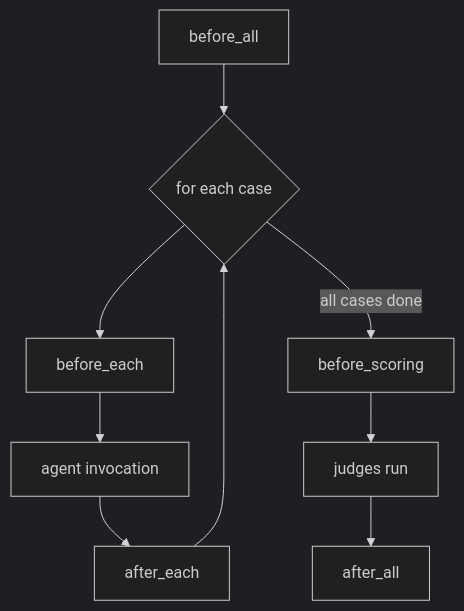
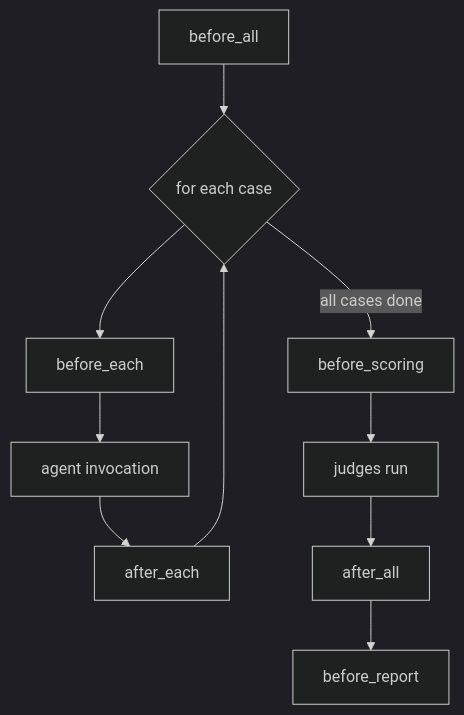
The diagram in website/reference/config/hooks.md (GuyZivRH/agent-eval-harness), drawn with Mermaid (dark theme) before and after one commit. The commit also changed other lines of this file and 3 other files, not shown here.

First line of the commit message:
docs: add before_report hook phase + note reward section is reward-config-gated

````diff
--- a/website/reference/config/hooks.md
+++ b/website/reference/config/hooks.md
@@ -16,11 +16,12 @@
 ```mermaid
 flowchart TD
     A[before_all] --> B{for each case}
     B --> C[before_each]
     C --> D[agent invocation]
     D --> E[after_each]
     E --> B
     B -->|all cases done| F[before_scoring]
     F --> G[judges run]
     G --> H[after_all]
+    H --> R[before_report]
 ```
````
